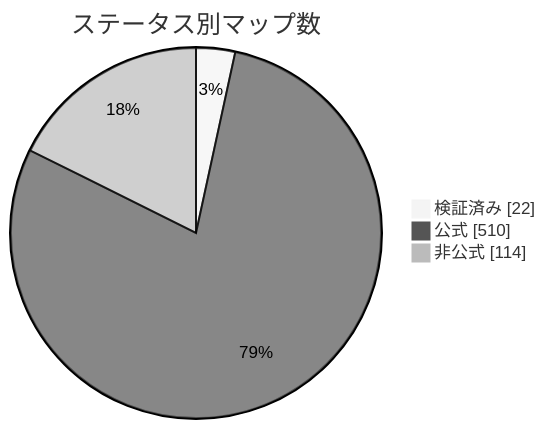
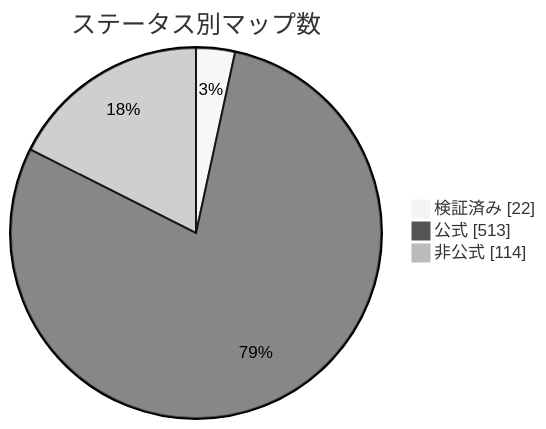
Before and after one commit to nobrega8/mbmap-library: the diagram in docs/readme/README_JP.md, drawn with Mermaid (neutral theme). The commit also changed 8 other files, not shown here.

````diff
--- a/docs/readme/README_JP.md
+++ b/docs/readme/README_JP.md
@@ -54,7 +54,7 @@
 ```mermaid
 pie showData
     title ステータス別マップ数
     "検証済み" : 22
-    "公式" : 510
+    "公式" : 513
     "非公式" : 114
 ```
````
